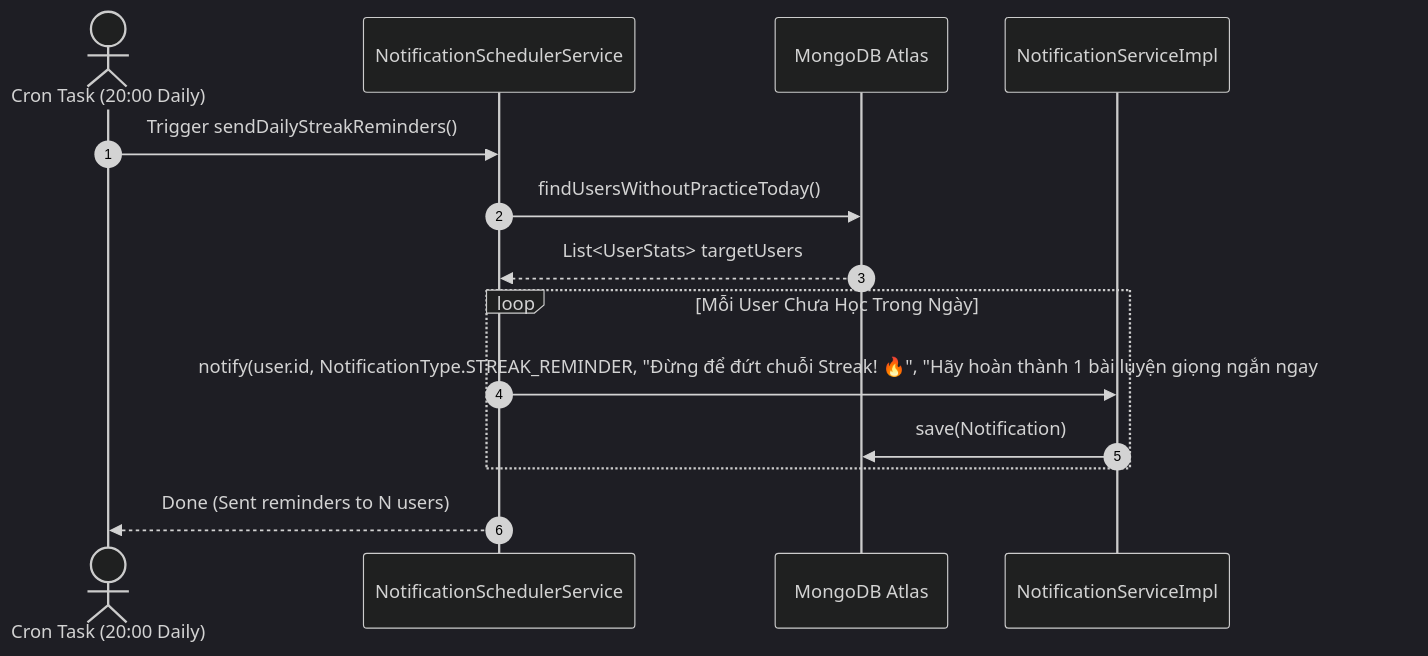
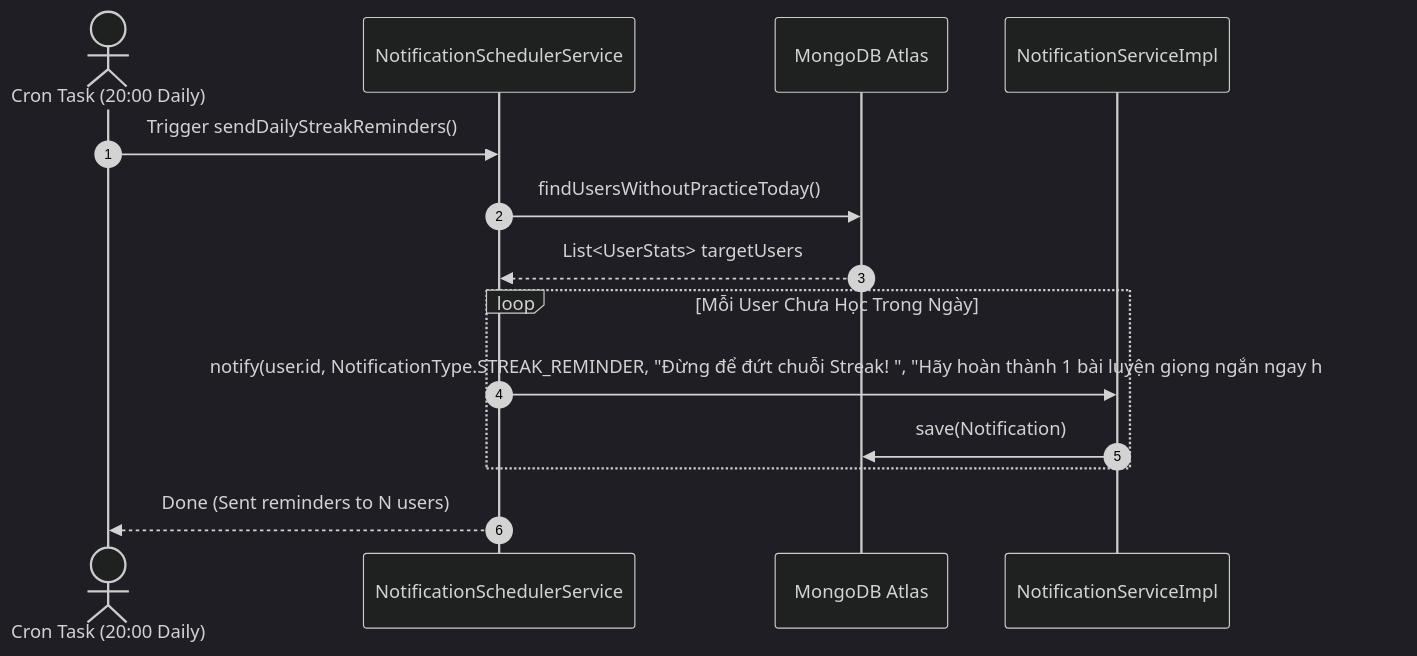
One commit to The-MC-Hub/MC_Voice_Training_Backend changed the second of 2 diagrams in docs/use-cases/uc-10-marketing-communication/UC-10.4-streak-reminder-scheduler.md. Above: the diagram before and after it, drawn with Mermaid (dark theme). The commit also changed other lines of this file and 88 other files, not shown here.

````diff
--- a/docs/use-cases/uc-10-marketing-communication/UC-10.4-streak-reminder-scheduler.md
+++ b/docs/use-cases/uc-10-marketing-communication/UC-10.4-streak-reminder-scheduler.md
@@ -36,19 +36,19 @@
 ```mermaid
 sequenceDiagram
     autonumber
     actor Scheduler as Cron Task (20:00 Daily)
     participant Service as NotificationSchedulerService
     participant DB as MongoDB Atlas
     participant NotifService as NotificationServiceImpl
 
     Scheduler->>Service: Trigger sendDailyStreakReminders()
     Service->>DB: findUsersWithoutPracticeToday()
     DB-->>Service: List<UserStats> targetUsers
-    
+
     loop Mỗi User Chưa Học Trong Ngày
-        Service->>NotifService: notify(user.id, NotificationType.STREAK_REMINDER, "Đừng để đứt chuỗi Streak! 🔥", "Hãy hoàn thành 1 bài luyện giọng ngắn ngay hôm nay.")
+        Service->>NotifService: notify(user.id, NotificationType.STREAK_REMINDER, "Đừng để đứt chuỗi Streak! ", "Hãy hoàn thành 1 bài luyện giọng ngắn ngay hôm nay.")
         NotifService->>DB: save(Notification)
     end
-    
+
     Service-->>Scheduler: Done (Sent reminders to N users)
 ```
````
